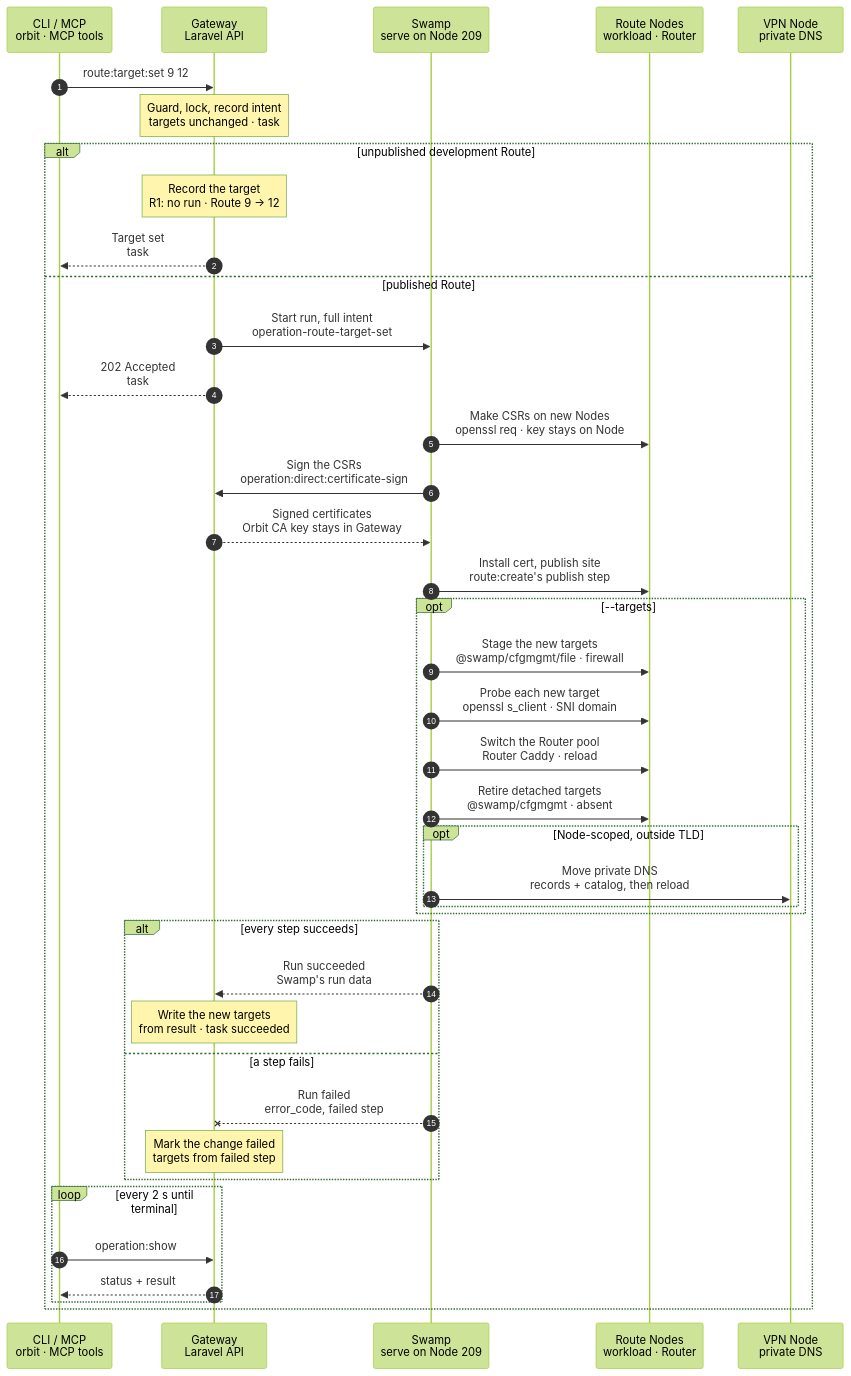
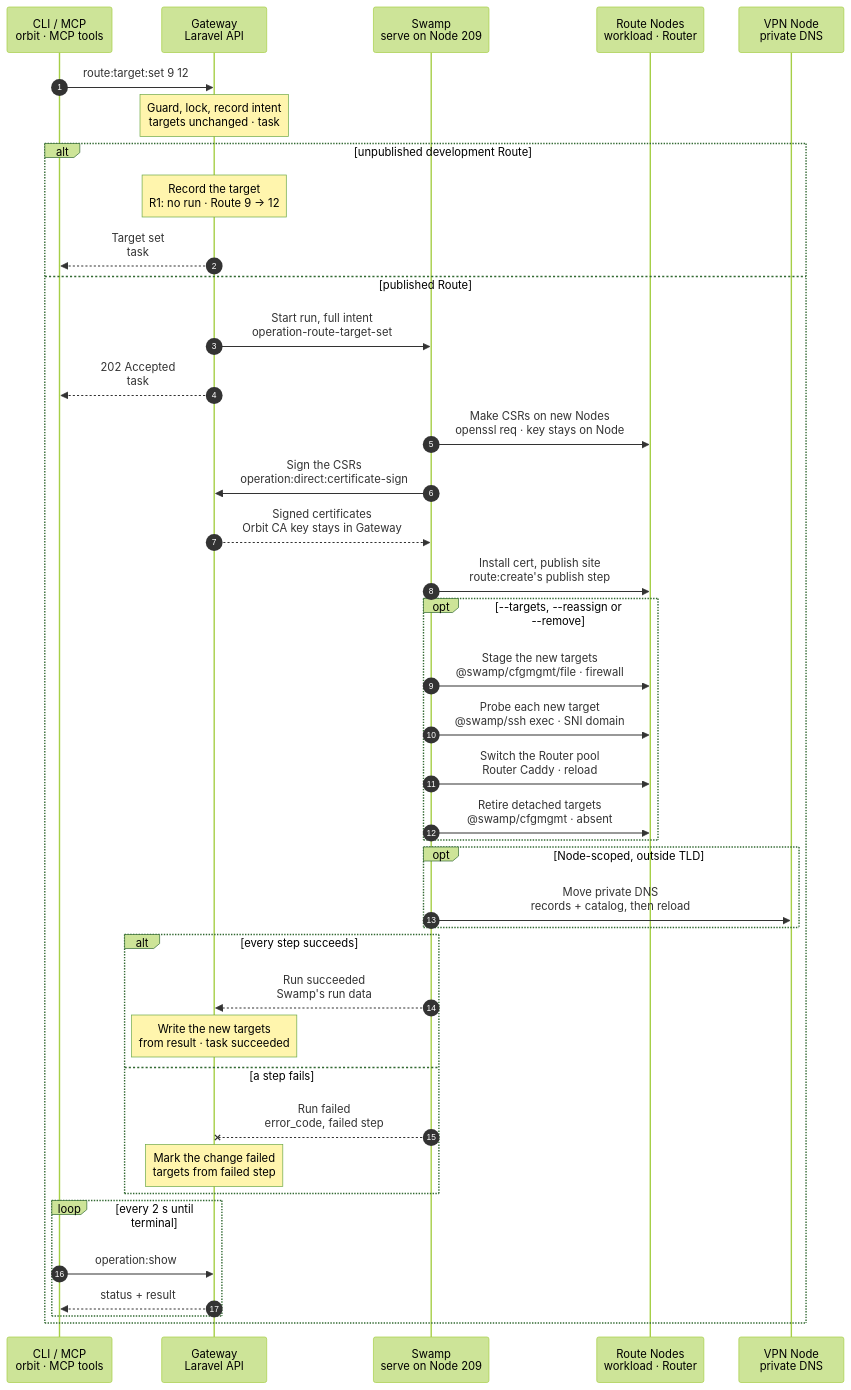
Before and after one commit to hardimpactdev/orbit: the diagram in docs/cli/route/target-set.mmd, drawn with Mermaid (forest theme). The commit also changed 17 other files, not shown here.

First line of the commit message:
fix(routes): probe target sets natively and finish certificate cutover (#2546)

```diff
--- a/docs/cli/route/target-set.mmd
+++ b/docs/cli/route/target-set.mmd
@@ -1,161 +1,50 @@
 sequenceDiagram
-  %% Target design: ADR 0244 task, DECISIONS R1-R4 + round 2 (target_set single path, R2), Gateway signs CSRs (root-of-trust), single-swamp-node. docs/cli/route.mdx, docs/reference/routes.md (Create and change targets, Change a production target set).
-  %% Tightened: flow-tighten 2026-11-02, rules 2, 3, 22 (instance:create owns web-root access; DNS only outside the TLD; cfgmgmt file/firewall).
-  %% Corrected 2026-11-02: a development target is not record-only. Its site root is the target Instance's checkout, so a published site moves in route:create's one publish step.
-  %% Rule 23: 2026-11-03 required-only main path.
+  %% Target design: Nick 2026-11-03, single-swamp-node, rules 14-25.
   %% status: draft
   %% command: route:target:set
   %% kind: route.target_set
   autonumber
   %% lane CLI icon=terminal pill=caller tone=gray
   %% lane GW icon=gateway pill=intent tone=blue
   %% lane SW icon=workflow pill=executes tone=green
   %% lane N icon=server pill=target tone=amber
   %% lane V icon=server pill=target tone=purple
   participant CLI as CLI / MCP<br/>orbit · MCP tools
   participant GW as Gateway<br/>Laravel API
   participant SW as Swamp<br/>serve on Node 209
   participant N as Route Nodes<br/>workload · Router
   participant V as VPN Node<br/>private DNS
   CLI->>GW: route:target:set 9 12
-  %%> Command:
-  %%> - `orbit route:target:set 9 12`
-  %%> - syntax: `<route> <target> [--targets=ID]... [--reassign=ID:ROUTE]... [--remove=ID]...`
-  %%> Input:
-  %%> - Route 9 and Instance 12: the one target of Route 9
-  %%> Optional:
-  %%> - `--targets=15`: the complete ordered production target set, here Instances 12 and 15; it adds the set steps in `opt --targets`
-  %%> - `--reassign=18:4`: a detached Instance 18 moves to Route 4
-  %%> - `--remove=19`: allows removing a detached Instance 19
-  %%> - each detached Instance needs one of these dispositions; `--reassign` and `--remove` also send the request as a target set
-  %%> - `--idempotency-key` and `--json` change no step
   Note over GW: Guard, lock, record intent<br/>targets unchanged · task #5140
-  %%> Requirements:
-  %%> - your Node has an access grant to every target's Node
-  %%> - every target is an active Instance of Route 9's Project (`route.target_app_conflict`, `route.target_inactive`)
-  %%> - no active Instance loses its only Route (`route.target_conflict`)
-  %%> - a single target never takes an Instance from another Route
-  %%> - a target set: an explicit Cluster-scoped Route; each target a production Instance on its own active `app-prod` Node in that Cluster
-  %%> Locks:
-  %%> - the projection lock and the environment owner of every Instance named
-  %%> - a busy lock is waited for up to 30 s, then `app-dev.projection_busy`
-  %%> Result:
-  %%> - task #5140 recorded with the full intent, including the old targets for recovery
-  %%> - Route 9's targets stay as they are until the result
   alt unpublished development Route
     Note over GW: Record the target<br/>R1: no run · Route 9 → 12
-    %%> When:
-    %%> - one development target on a Route whose sites are not published
-    %%> Why no run:
-    %%> - no site serves the Route yet, so nothing changes on a Node; the Route publishes when it converges
-    %%> Result:
-    %%> - Route 9's target becomes Instance 12, and the task has already succeeded
     GW-->>CLI: Target set<br/>task #5140 succeeded
-    %%> What you get:
-    %%> - the final result at once; there is nothing to follow
   else published Route
     GW->>SW: Start run, full intent<br/>operation-route-target-set
-    %%> What it does:
-    %%> - starts one Swamp run on serve (Node 209)
-    %%> When:
-    %%> - Route 9's sites are published; a target set always starts a run
-    %%> Inputs:
-    %%> - each step's whole files, rendered by the Gateway: Caddyfiles, PHP pools, `APP_URL` lines, certificate leaves, LAN rules and probes, per Node
-    %%> - production `.env` material only as vault key names in `orbit-control-inputs` (R3)
-    %%> - each Node's address and SSH host keys; the SSH identity comes from the `swamp` role
     GW-->>CLI: 202 Accepted<br/>task #5140
-    %%> What you get:
-    %%> - the task number, at once
-    %%> Next:
-    %%> - the CLI follows the task with `operation:show`
     SW->>N: Make CSRs on new Nodes<br/>openssl req · key stays on Node
-    %%> How:
-    %%> - Swamp reaches each Node over `@swamp/ssh` from 209
-    %%> What it does:
-    %%> - makes a key and a certificate request for the Route domain on each Node that needs a leaf
-    %%> - a new production target also gets a leaf under a temporary scope, for its staged site
-    %%> - returns only the public CSRs
     SW->>GW: Sign the CSRs<br/>operation:direct:certificate-sign
-    %%> What it does:
-    %%> - sends the CSRs with task #5140 and the run id
-    %%> Why:
-    %%> - the Orbit CA key stays in the Gateway; signing is the one step that calls the Gateway
     GW-->>SW: Signed certificates<br/>Orbit CA key stays in Gateway
-    %%> Returns:
-    %%> - one public certificate bundle per leaf
     SW->>N: Install cert, publish site<br/>route:create's publish step
-    %%> When:
-    %%> - Route 9's sites are published, so its site moves from the previous target's checkout to Instance 12's
-    %%> - with `--targets`, this step has no Node and the set steps below run instead
-    %%> What it does:
-    %%> - runs the same child as `route:create`: installs the certificate, writes each Node's whole Caddyfile, validates it and reloads Caddy
-    %%> - the previous target's Node loses the site; Instance 12's Node gains it
-    %%> Not included:
-    %%> - web-root access: `instance:create` already gave Caddy read access to Instance 12's checkout (rule 2)
-    opt --targets
+    opt --targets, --reassign or --remove
       SW->>N: Stage the new targets<br/>@swamp/cfgmgmt/file · firewall
-      %%> When:
-      %%> - only for a target set: `--targets`, `--reassign` or `--remove`
-      %%> What it does:
-      %%> - per new Node: allows the Router on LAN port 443 with `@swamp/cfgmgmt/firewall`, installs the certificates, and writes the PHP pool, the staged Caddyfile and the production `.env`
-      %%> - the staged Caddyfile adds the new workload site beside the old ones and uses the temporary leaf
-      %%> - validates each Caddyfile, then reloads Caddy; never a restart (rule 7)
-      SW->>N: Probe each new target<br/>openssl s_client · SNI domain
-      %%> What it does:
-      %%> - connects from 209 to each new workload on port 443, with the Route domain as SNI
-      %%> Why:
-      %%> - the Router only sends traffic to targets that serve
+      SW->>N: Probe each new target<br/>@swamp/ssh exec · SNI domain
+      %%> Runs from 209. A failed target probe stops the Router switch.
       SW->>N: Switch the Router pool<br/>Router Caddy · reload
-      %%> What it does:
-      %%> - writes the Router's whole Caddyfile with the pool Instances 12 and 15, in order
-      %%> - validates, then reloads Caddy on the Router
-      %%> Not included:
-      %%> - DNS: the Route domain points at the Router, which does not change
       SW->>N: Retire detached targets<br/>@swamp/cfgmgmt · absent
-      %%> What it does:
-      %%> - writes each other Node's whole desired Caddyfile: old workload sites go, and the new targets move to their lasting leaf
-      %%> - removes LAN rules and temporary certificates no Route needs
-      %%> - Instance 18's site follows it to Route 4
-      %%> Not included:
-      %%> - Instance removal: `--remove` is refused with `route.target_cleanup_unavailable` until the shared Instance removal steps run here
-      opt Node-scoped, outside TLD
-        SW->>V: Move private DNS<br/>records + catalog, then reload
-        %%> When:
-        %%> - a Node-scoped Route whose new target runs on another Node, with a domain outside the Cluster or Node TLD
-        %%> - private DNS answers the whole TLD, so a domain inside it needs no record
-        %%> What it does:
-        %%> - writes the records and the catalog, then restarts dnsmasq
-      end
+    end
+    opt Node-scoped, outside TLD
+      SW->>V: Move private DNS<br/>records + catalog, then reload
     end
     alt every step succeeds
       SW-->>GW: Run succeeded<br/>Swamp's run data
-      %%> How the Gateway learns it:
-      %%> - its shared run reader sees the terminal event; Swamp never calls the Gateway
-      %%> - the end check is the Router switch, or the publish step of a development target
       Note over GW: Write the new targets<br/>from result · task succeeded
-      %%> Result:
-      %%> - Route 9 targets Instances 12 and 15
-      %%> - Instance 18 belongs to Route 4
-      %%> - task #5140 succeeds, and the Gateway broadcasts `route.updated`
     else a step fails
       SW--xGW: Run failed<br/>error_code, failed step
-      %%> The Gateway reads:
-      %%> - which step failed, and so whether the Router pool had switched
       Note over GW: Mark the change failed<br/>targets from failed step
-      %%> Result before the Router switch:
-      %%> - Route 9 keeps its old targets; staged sites serve no traffic, so they stay
-      %%> Result after the Router switch:
-      %%> - the new pool serves, so the Gateway records the new targets and keeps the recorded set
-      %%> - task #5140 fails, with `failed_step` and `error_code` on Route 9
-      %%> Retry:
-      %%> - run the same command again after fixing the cause; after the switch, the rerun retires what is left
     end
     loop every 2 s until terminal
       CLI->>GW: operation:show #5140
-      %%> What it does:
-      %%> - asks for the task's status every 2 seconds until it has ended
       GW-->>CLI: status + result
-      %%> Returns:
-      %%> - the current status, and the result once the task has ended
     end
   end
```
